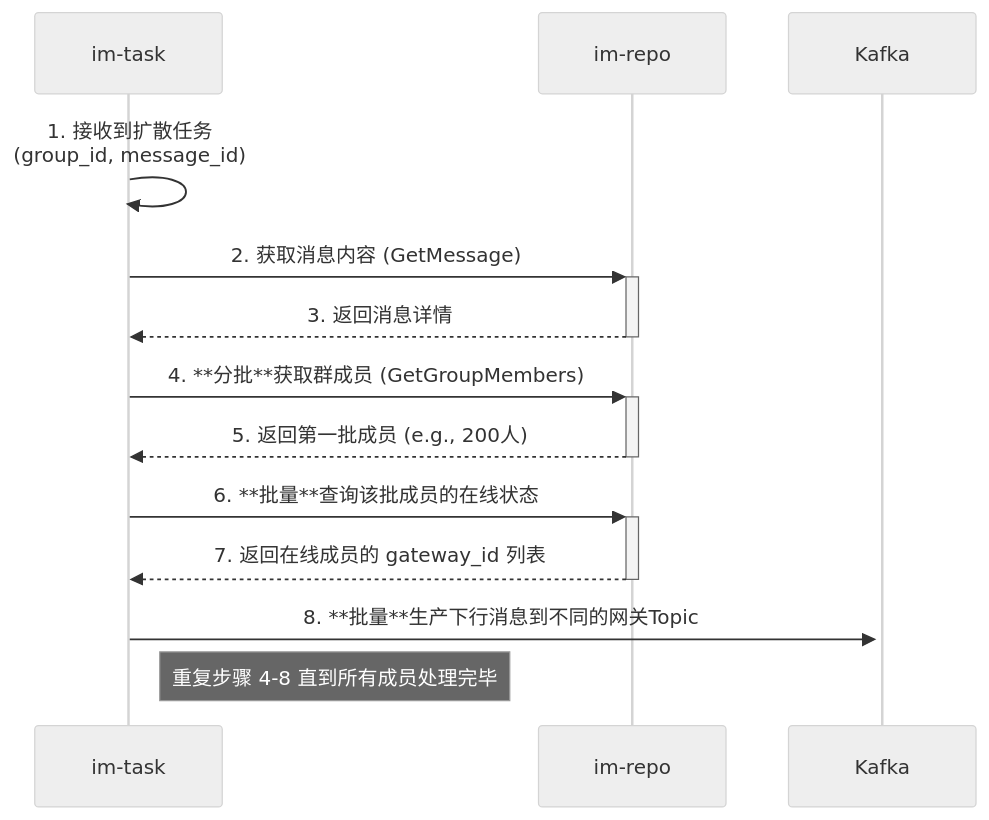
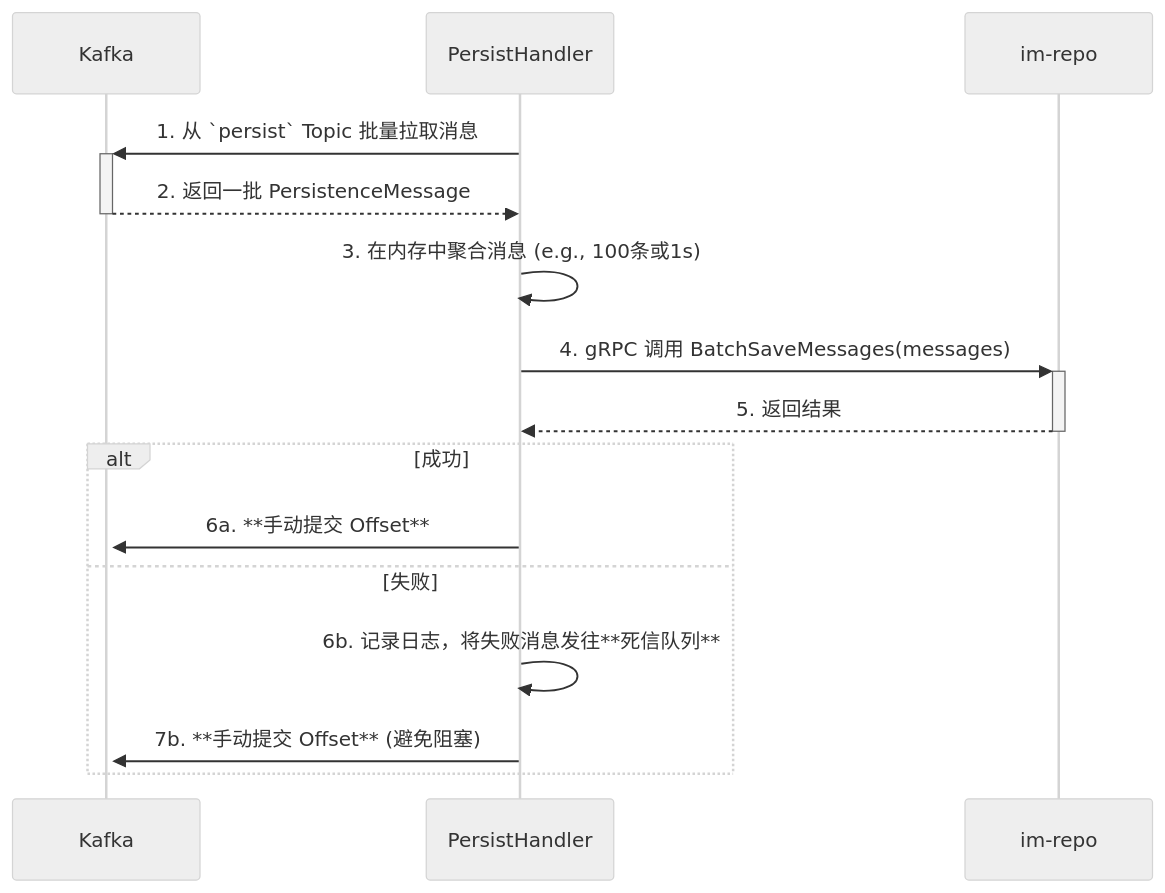
Before and after one commit to ceyewan/gochat: the second of 3 diagrams in docs/05_services/im-task.md, drawn with Mermaid (neutral theme). The commit also changed other lines of this file and 23 other files, not shown here.

````diff
--- a/docs/05_services/im-task.md
+++ b/docs/05_services/im-task.md
@@ -69,16 +92,20 @@
 ```mermaid
 sequenceDiagram
-    participant Task as im-task
+    participant Kafka as Kafka
+    participant Handler as PersistHandler
     participant Repo as im-repo
-    participant Kafka as Kafka
 
-    Task->>Task: 1. 接收到扩散任务<br> (group_id, message_id)
-    Task->>+Repo: 2. 获取消息内容 (GetMessage)
-    Repo-->>-Task: 3. 返回消息详情
-    Task->>+Repo: 4. **分批**获取群成员 (GetGroupMembers)
-    Repo-->>-Task: 5. 返回第一批成员 (e.g., 200人)
-    Task->>+Repo: 6. **批量**查询该批成员的在线状态
-    Repo-->>-Task: 7. 返回在线成员的 gateway_id 列表
-    Task->>+Kafka: 8. **批量**生产下行消息到不同的网关Topic
-    Note right of Task: 重复步骤 4-8 直到所有成员处理完毕
+    Handler->>+Kafka: 1. 从 `persist` Topic 批量拉取消息
+    Kafka-->>-Handler: 2. 返回一批 PersistenceMessage
+    
+    Handler->>Handler: 3. 在内存中聚合消息 (e.g., 100条或1s)
+    Handler->>+Repo: 4. gRPC 调用 BatchSaveMessages(messages)
+    Repo-->>-Handler: 5. 返回结果
+    
+    alt 成功
+        Handler->>+Kafka: 6a. **手动提交 Offset**
+    else 失败
+        Handler->>Handler: 6b. 记录日志，将失败消息发往**死信队列**
+        Handler->>+Kafka: 7b. **手动提交 Offset** (避免阻塞)
+    end
 ```
````
